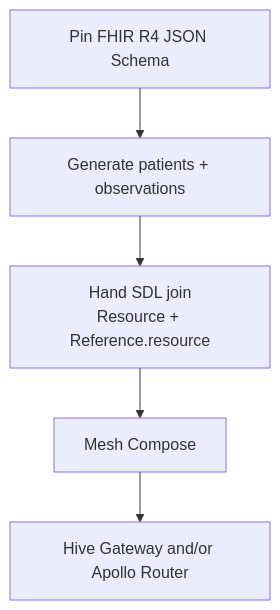
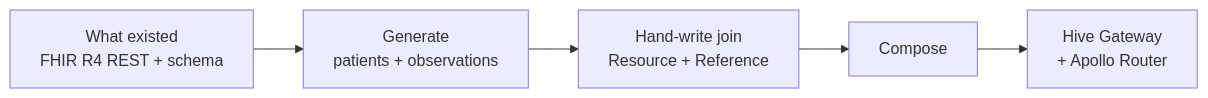
One commit to ardatan/graphql-mesh changed the diagram in website/src/content/v2/examples/fhir.mdx. Above: the diagram before and after it, drawn with Mermaid. The commit also changed other lines of this file, not shown here.

First line of the commit message:
docs(website): expand FHIR how-we-built narrative

````diff
--- a/website/src/content/v2/examples/fhir.mdx
+++ b/website/src/content/v2/examples/fhir.mdx
@@ -18,7 +18,7 @@
 ```mermaid
-flowchart TB
-  A[Pin FHIR R4 JSON Schema] --> B[Generate patients + observations]
-  B --> C[Hand SDL join<br/>Resource + Reference.resource]
-  C --> D[Mesh Compose]
-  D --> E[Hive Gateway and/or Apollo Router]
+flowchart LR
+  A[What existed<br/>FHIR R4 REST + schema] --> B[Generate<br/>patients + observations]
+  B --> C[Hand-write join<br/>Resource + Reference]
+  C --> D[Compose]
+  D --> E[Hive Gateway<br/>+ Apollo Router]
 ```
````
